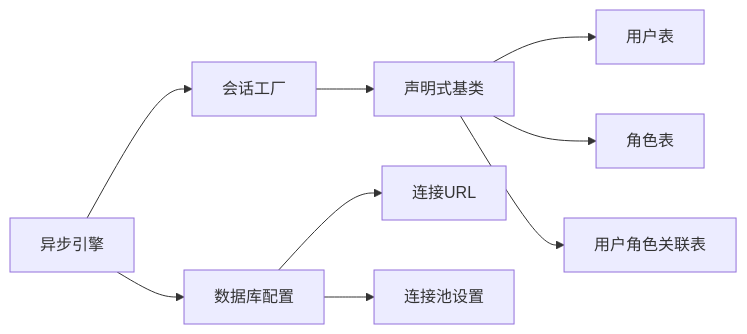
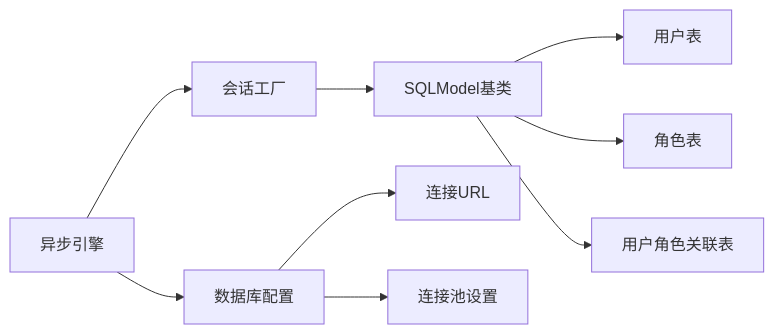
One commit to taoweidong/Hello-FastApi changed the fifth of 7 diagrams in .qoder/repowiki/zh/content/数据模型设计/用户实体模型.md. Above: the diagram before and after it, drawn with Mermaid. The commit also changed other lines of this file and 11 other files, not shown here.

````diff
--- a/.qoder/repowiki/zh/content/数据模型设计/用户实体模型.md
+++ b/.qoder/repowiki/zh/content/数据模型设计/用户实体模型.md
@@ -299,11 +305,11 @@
 ```mermaid
 graph LR
 Engine[异步引擎] --> Session[会话工厂]
-Session --> Base[声明式基类]
+Session --> Base[SQLModel基类]
 Base --> User[用户表]
 Base --> Role[角色表]
 Base --> UserRole[用户角色关联表]
 Engine --> Config[数据库配置]
 Config --> URL[连接URL]
 Config --> Pool[连接池设置]
 ```
````
